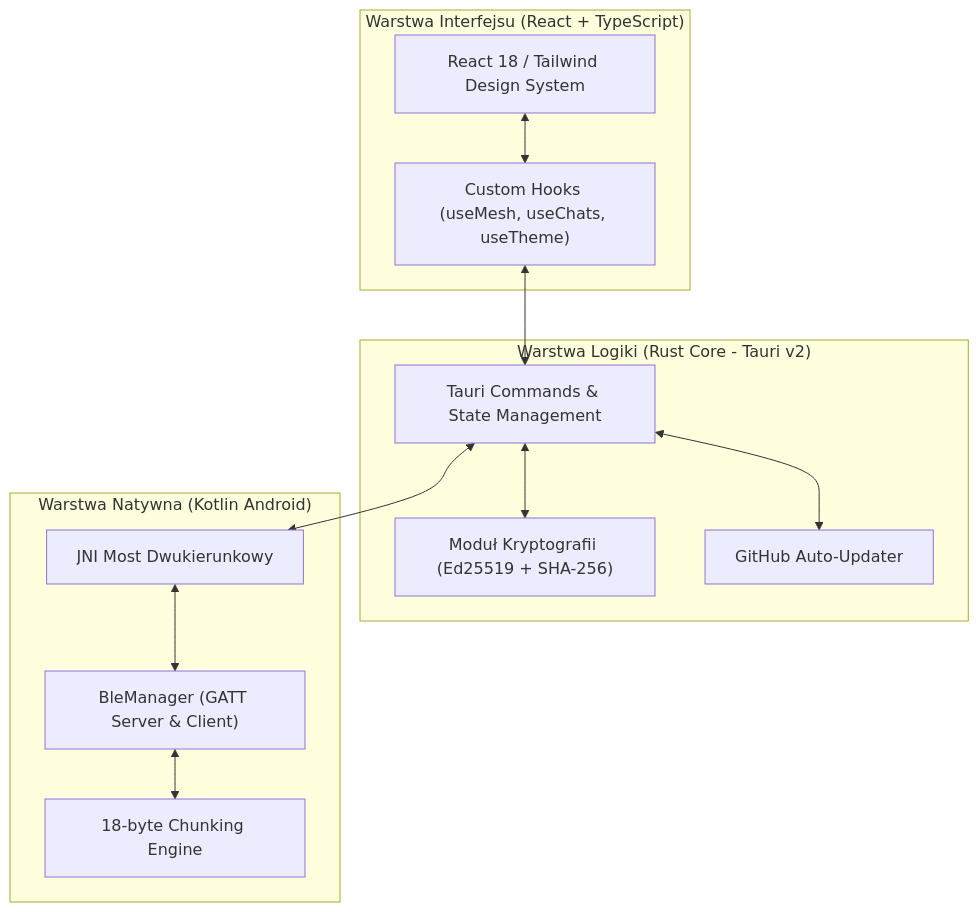
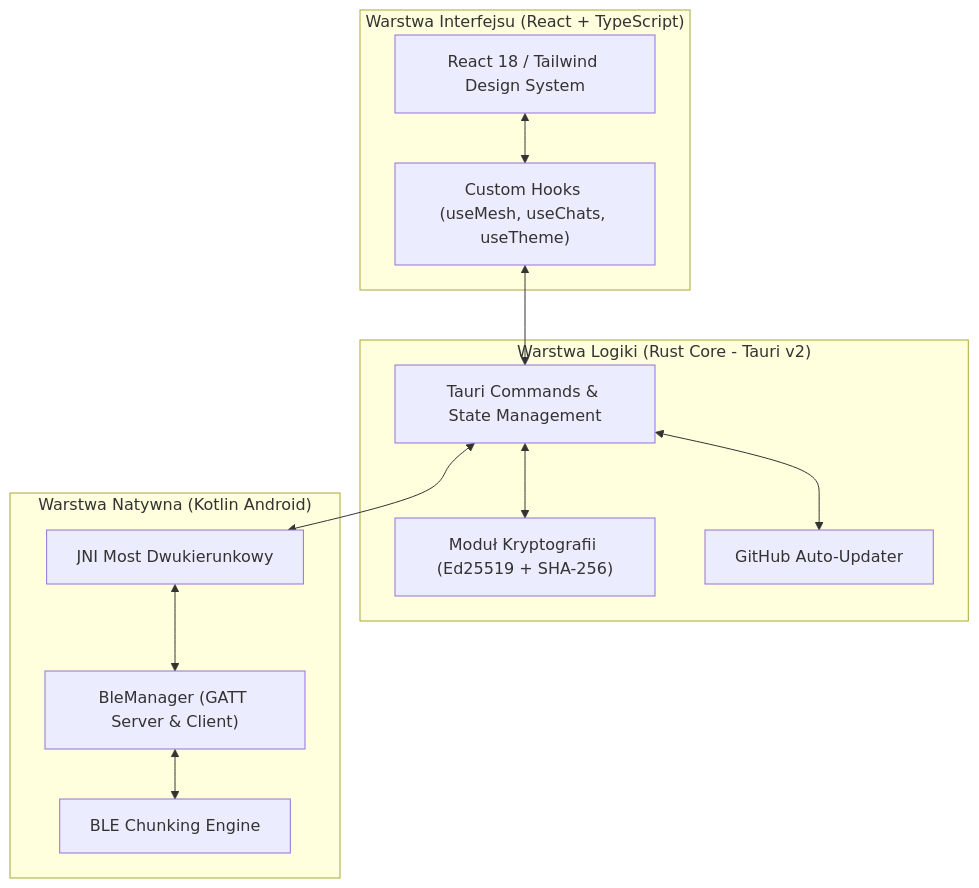
Before and after one commit to mrkrecha3321-max/Void: the diagram in README.md, drawn with Mermaid. The commit also changed other lines of this file, not shown here.

Commit message:
Update BLE chunking protocol documentation

````diff
--- a/README.md
+++ b/README.md
@@ -28,27 +28,27 @@
 ```mermaid
 flowchart TD
     subgraph UI ["Warstwa Interfejsu (React + TypeScript)"]
         ReactUI["React 18 / Tailwind Design System"]
         Hooks["Custom Hooks (useMesh, useChats, useTheme)"]
     end
 
     subgraph Core ["Warstwa Logiki (Rust Core - Tauri v2)"]
         TauriCmds["Tauri Commands & State Management"]
         Crypto["Moduł Kryptografii (Ed25519 + SHA-256)"]
         Updater["GitHub Auto-Updater"]
     end
 
     subgraph Native ["Warstwa Natywna (Kotlin Android)"]
         BleMgr["BleManager (GATT Server & Client)"]
-        Chunker["18-byte Chunking Engine"]
+        Chunker["BLE Chunking Engine"]
         JNIBridge["JNI Most Dwukierunkowy"]
     end
 
     ReactUI <--> Hooks
     Hooks <--> TauriCmds
     TauriCmds <--> Crypto
     TauriCmds <--> Updater
     TauriCmds <--> JNIBridge
     JNIBridge <--> BleMgr
     BleMgr <--> Chunker
 ```
````
